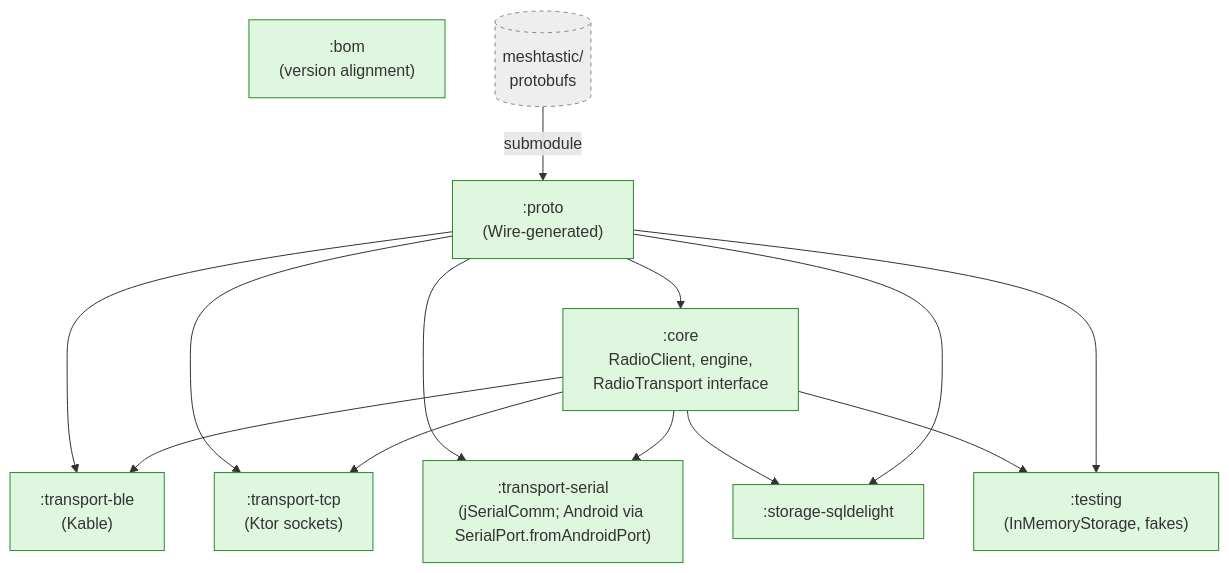
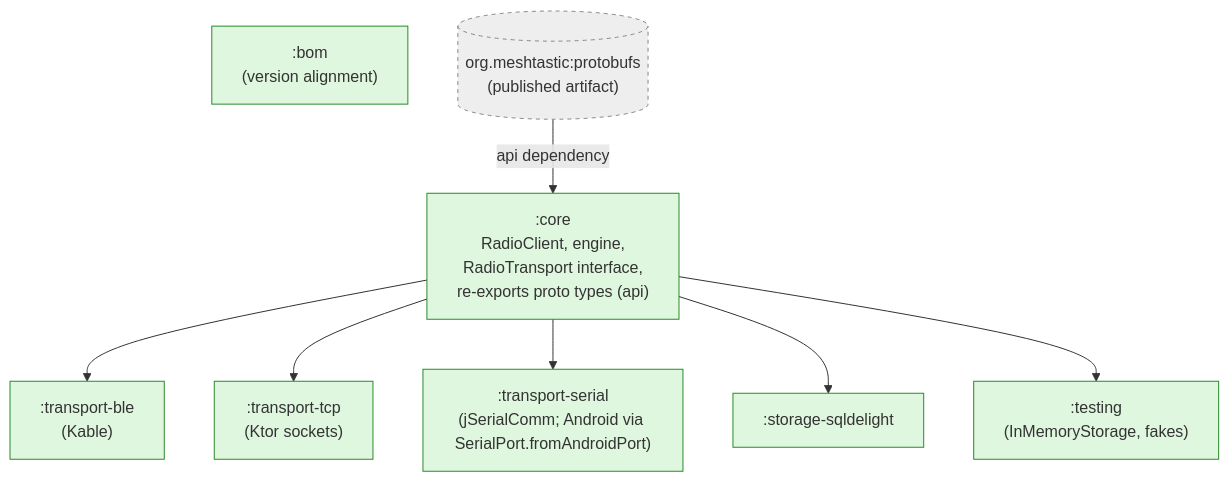
Before and after one commit to meshtastic/meshtastic-sdk: the first of 3 diagrams in docs/architecture/module-graph.md, drawn with Mermaid. The commit also changed other lines of this file and 34 other files, not shown here.

First line of the commit message:
feat(core): add storage-lockdown admin support

````diff
--- a/docs/architecture/module-graph.md
+++ b/docs/architecture/module-graph.md
@@ -9,36 +9,26 @@
 ```mermaid
 flowchart TB
     classDef pub fill:#dff7df,stroke:#2a8a2a;
     classDef external fill:#eee,stroke:#888,stroke-dasharray: 4 4;
 
-    proto[":proto<br/>(Wire-generated)"]:::pub
-    core[":core<br/>RadioClient, engine,<br/>RadioTransport interface"]:::pub
+    core[":core<br/>RadioClient, engine,<br/>RadioTransport interface,<br/>re-exports proto types (api)"]:::pub
 
     ble[":transport-ble<br/>(Kable)"]:::pub
     tcp[":transport-tcp<br/>(Ktor sockets)"]:::pub
     serial[":transport-serial<br/>(jSerialComm; Android via SerialPort.fromAndroidPort)"]:::pub
 
     storageSql[":storage-sqldelight"]:::pub
 
     testing[":testing<br/>(InMemoryStorage, fakes)"]:::pub
     bom[":bom<br/>(version alignment)"]:::pub
 
-    extProtobufs[("meshtastic/<br/>protobufs")]:::external
+    extProtobufs[("org.meshtastic:protobufs<br/>(published artifact)")]:::external
 
-    extProtobufs -->|submodule| proto
+    extProtobufs -->|api dependency| core
 
-    proto --> core
-
-    proto --> ble
     core --> ble
-    proto --> tcp
     core --> tcp
-    proto --> serial
     core --> serial
-
     core --> storageSql
-    proto --> storageSql
-
     core --> testing
-    proto --> testing
 ```
````
